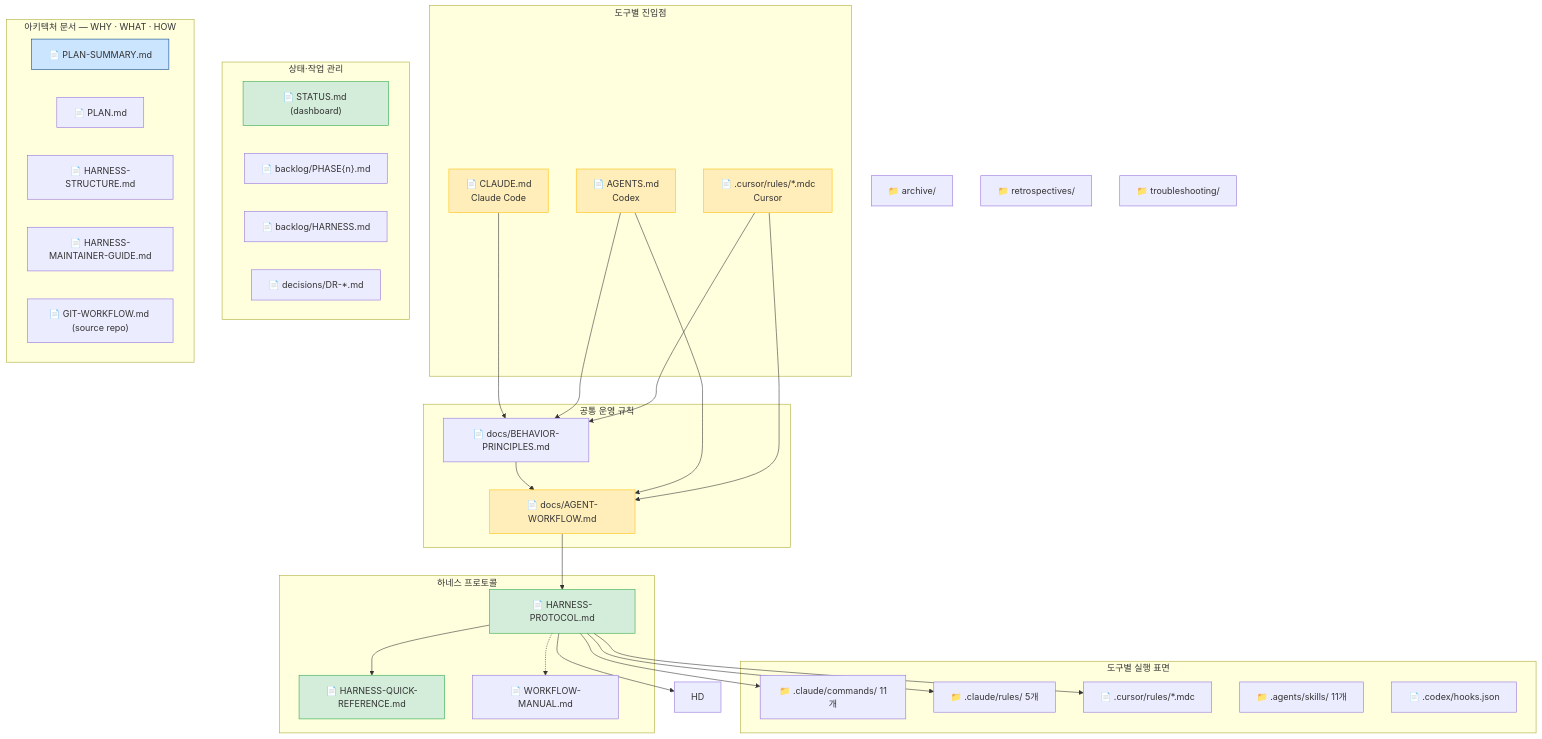
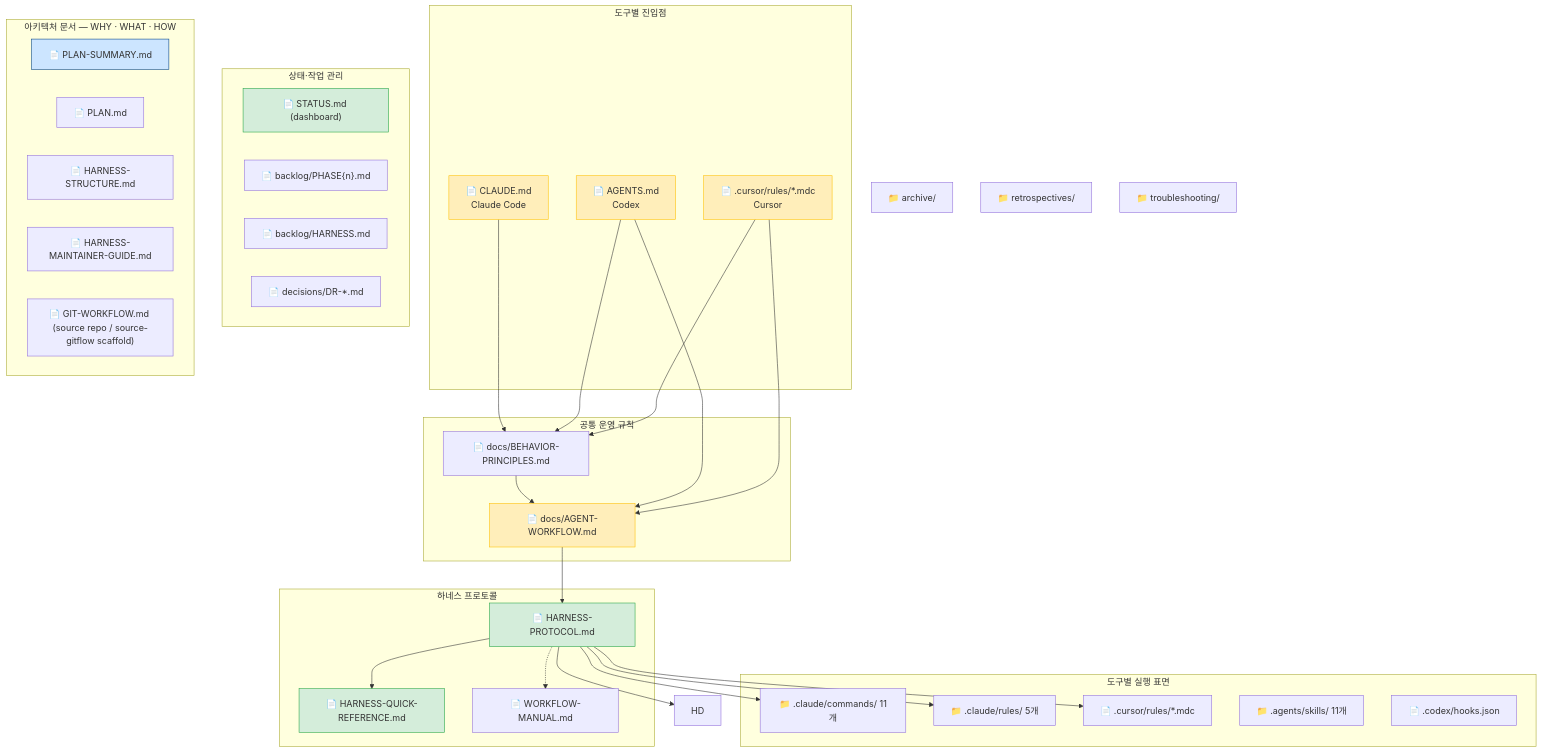
One commit to kyungseo/ai-workflow-harness changed the fifth of 14 diagrams in docs/WORKFLOW-MANUAL.md. Above: the diagram before and after it, drawn with Mermaid. The commit also changed other lines of this file and 12 other files, not shown here.

First line of the commit message:
feat: --workflow source-gitflow opt-in 추가 및 default scaffold branch isolation drift 수정 (FEAT-20260527-001)

````diff
--- a/docs/WORKFLOW-MANUAL.md
+++ b/docs/WORKFLOW-MANUAL.md
@@ -219,68 +219,68 @@
 ```mermaid
 graph TD
     subgraph ENTRY ["도구별 진입점"]
         CR["📄 CLAUDE.md\nClaude Code"]
         AG["📄 AGENTS.md\nCodex"]
         CU["📄 .cursor/rules/*.mdc\nCursor"]
     end
 
     subgraph SHARED ["공통 운영 규칙"]
         BP["📄 docs/BEHAVIOR-PRINCIPLES.md"]
         CD["📄 docs/AGENT-WORKFLOW.md"]
     end
 
     subgraph HARNESS ["하네스 프로토콜"]
         HP["📄 HARNESS-PROTOCOL.md"]
         HQ["📄 HARNESS-QUICK-REFERENCE.md"]
         WM["📄 WORKFLOW-MANUAL.md"]
     end
 
     subgraph TOOLS ["도구별 실행 표면"]
         CMD["📁 .claude/commands/ 11개"]
         RULE["📁 .claude/rules/ 5개"]
         CUR_R["📄 .cursor/rules/*.mdc"]
         SKILLS["📁 .agents/skills/ 11개"]
         HOOKS["📄 .codex/hooks.json"]
     end
 
     subgraph LIVE ["상태·작업 관리"]
         ST["📄 STATUS.md (dashboard)"]
         BL["📄 backlog/PHASE{n}.md"]
         HB["📄 backlog/HARNESS.md"]
         DR_N["📄 decisions/DR-*.md"]
     end
 
     subgraph ADOCS ["아키텍처 문서 — WHY · WHAT · HOW"]
         PS["📄 PLAN-SUMMARY.md"]
         PL["📄 PLAN.md"]
         AR["📄 HARNESS-STRUCTURE.md"]
         DG["📄 HARNESS-MAINTAINER-GUIDE.md"]
-        GW["📄 GIT-WORKFLOW.md (source repo)"]
+        GW["📄 GIT-WORKFLOW.md (source repo / source-gitflow scaffold)"]
     end
 
     ARC2["📁 archive/"]
     RETRO2["📁 retrospectives/"]
     TROUBLE2["📁 troubleshooting/"]
 
     CR --> BP --> CD
     AG --> BP
     AG --> CD
     CU --> BP
     CU --> CD
     CD --> HP
     HP --> HQ
     HP --> HD
     HP --> CMD
     HP --> RULE
     HP --> CUR_R
     HP -.-> WM
 
     style CR fill:#ffeeba,stroke:#ffc107
     style AG fill:#ffeeba,stroke:#ffc107
     style CU fill:#ffeeba,stroke:#ffc107
     style CD fill:#ffeeba,stroke:#ffc107
     style ST fill:#d4edda,stroke:#28a745
     style HP fill:#d4edda,stroke:#28a745
     style HQ fill:#d4edda,stroke:#28a745
     style PS fill:#cce5ff,stroke:#004085
 ```
````
